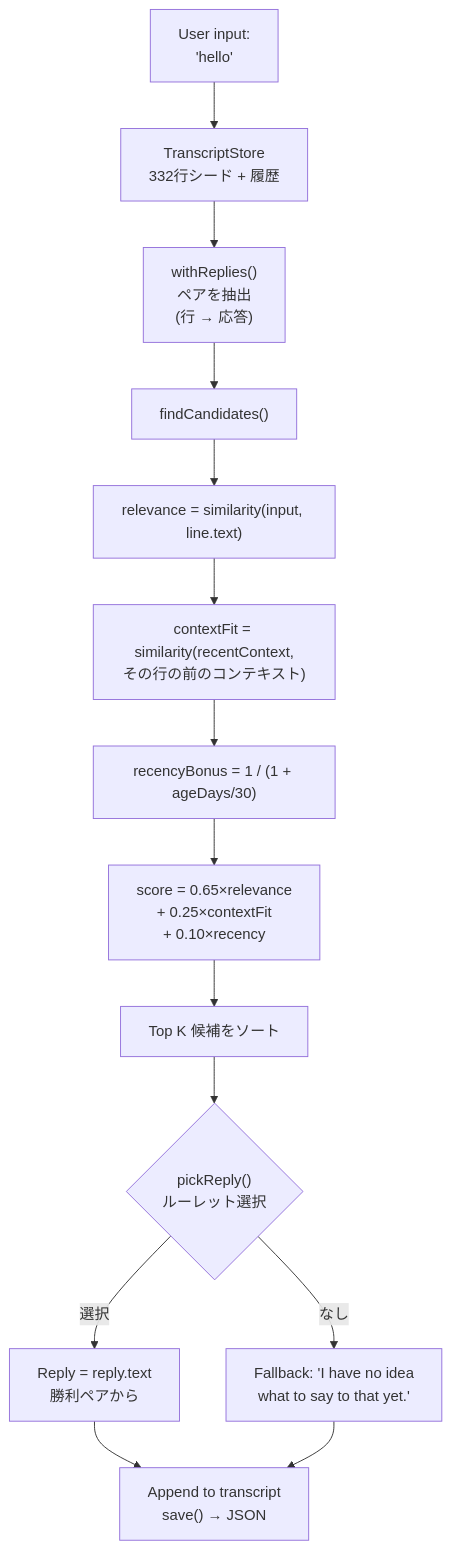
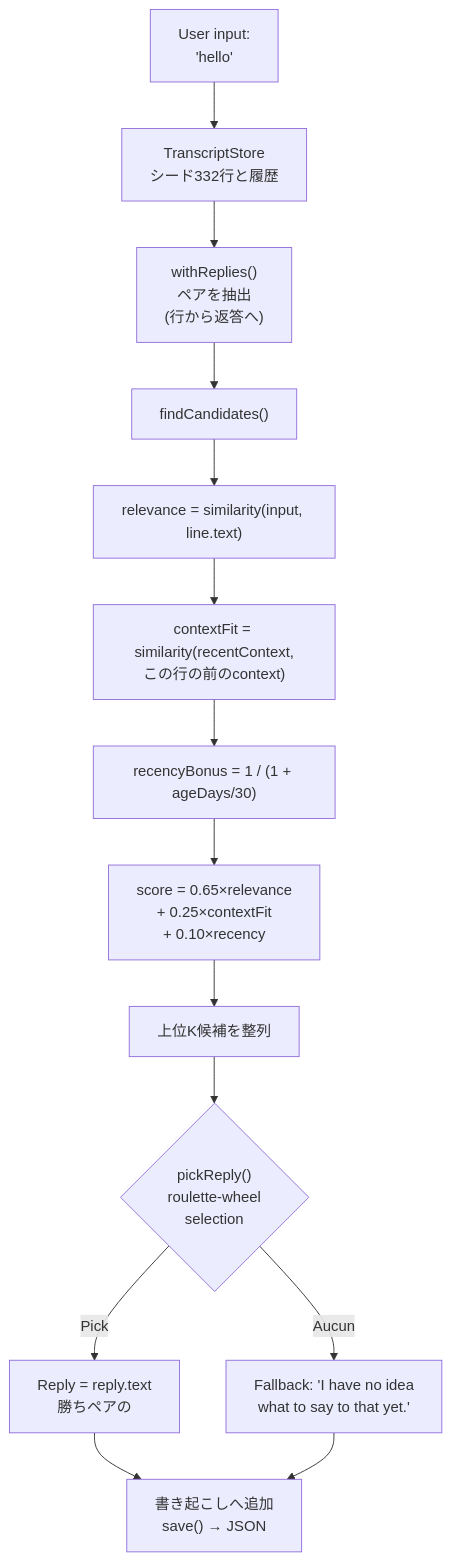
The second of 2 diagrams in public/articles/ja/from-eliza-to-llm-chatbots-typescript.md (fox3000foxy/fox3000foxy.github.io), drawn with Mermaid before and after one commit. The commit also changed other lines of this file and 576 other files, not shown here.

````diff
--- a/public/articles/ja/from-eliza-to-llm-chatbots-typescript.md
+++ b/public/articles/ja/from-eliza-to-llm-chatbots-typescript.md
@@ -308,16 +307,16 @@
 ```mermaid
 flowchart TD
-    A["User input:<br>'hello'"] --> B["TranscriptStore<br>332行シード + 履歴"]
-    B --> C["withReplies()<br>ペアを抽出<br>(行 → 応答)"]
+    A["User input:<br>'hello'"] --> B["TranscriptStore<br>シード332行と履歴"]
+    B --> C["withReplies()<br>ペアを抽出<br>(行から返答へ)"]
     C --> D["findCandidates()"]
     D --> E["relevance = similarity(input, line.text)"]
-    E --> F["contextFit = similarity(recentContext,<br>その行の前のコンテキスト)"]
+    E --> F["contextFit = similarity(recentContext,<br>この行の前のcontext)"]
     F --> G["recencyBonus = 1 / (1 + ageDays/30)"]
     G --> H["score = 0.65×relevance<br>+ 0.25×contextFit<br>+ 0.10×recency"]
-    H --> I["Top K 候補をソート"]
-    I --> J{"pickReply()<br>ルーレット選択"}
-    J -->|"選択"| K["Reply = reply.text<br>勝利ペアから"]
-    J -->|"なし"| L["Fallback: 'I have no idea<br>what to say to that yet.'"]
-    K --> M["Append to transcript<br>save() → JSON"]
+    H --> I["上位K候補を整列"]
+    I --> J{"pickReply()<br>roulette-wheel<br>selection"}
+    J -->|"Pick"| K["Reply = reply.text<br>勝ちペアの"]
+    J -->|"Aucun"| L["Fallback: 'I have no idea<br>what to say to that yet.'"]
+    K --> M["書き起こしへ追加<br>save() → JSON"]
     L --> M
 ```
````
